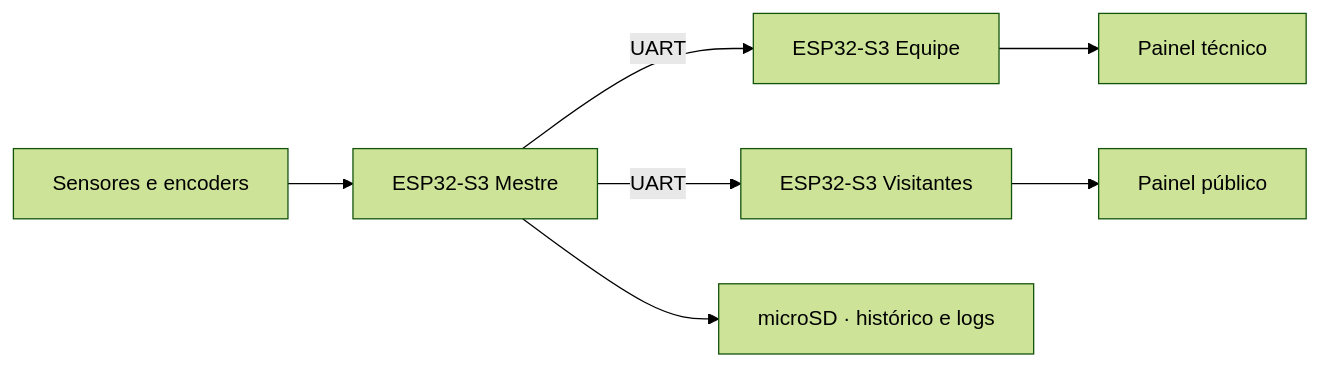
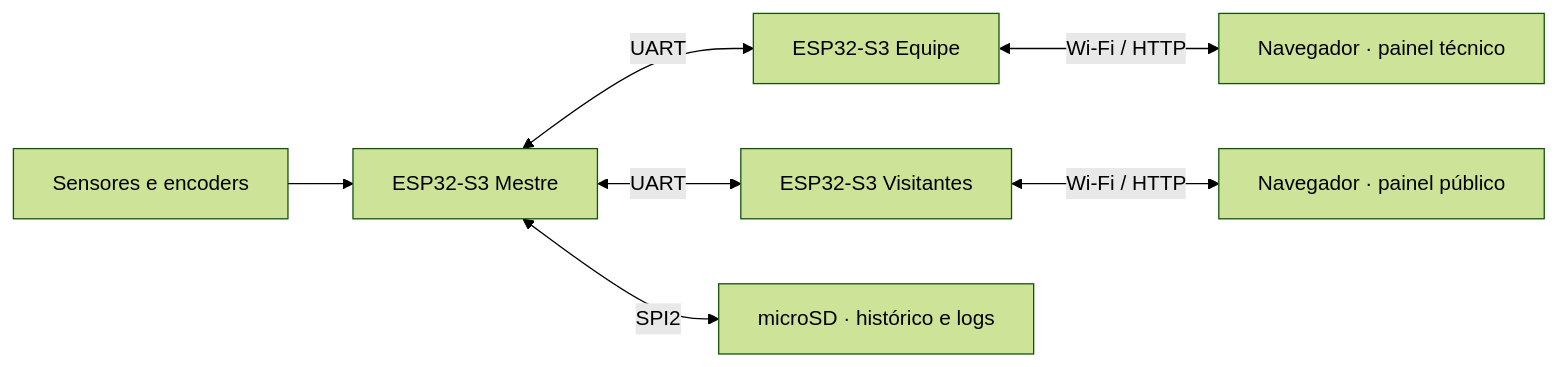
The diagram in README.md (thegm-Gabriel/instrumentacao-ElectricCarUFSM), drawn with Mermaid (forest theme) before and after one commit. The commit also changed other lines of this file and 11 other files, not shown here.

````diff
--- a/README.md
+++ b/README.md
@@ -33,9 +33,9 @@
 ```mermaid
 flowchart LR
     S["Sensores e encoders"] --> M["ESP32-S3 Mestre"]
-    M -->|UART| E["ESP32-S3 Equipe"]
-    M -->|UART| V["ESP32-S3 Visitantes"]
-    M --> SD["microSD · histórico e logs"]
-    E --> PE["Painel técnico"]
-    V --> PV["Painel público"]
+    M <-->|UART| E["ESP32-S3 Equipe"]
+    M <-->|UART| V["ESP32-S3 Visitantes"]
+    M <-->|SPI2| SD["microSD · histórico e logs"]
+    E <-->|Wi-Fi / HTTP| PE["Navegador · painel técnico"]
+    V <-->|Wi-Fi / HTTP| PV["Navegador · painel público"]
 ```
````
